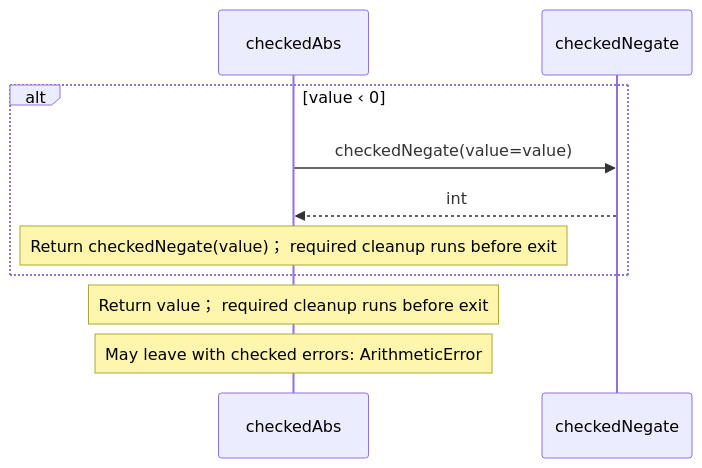
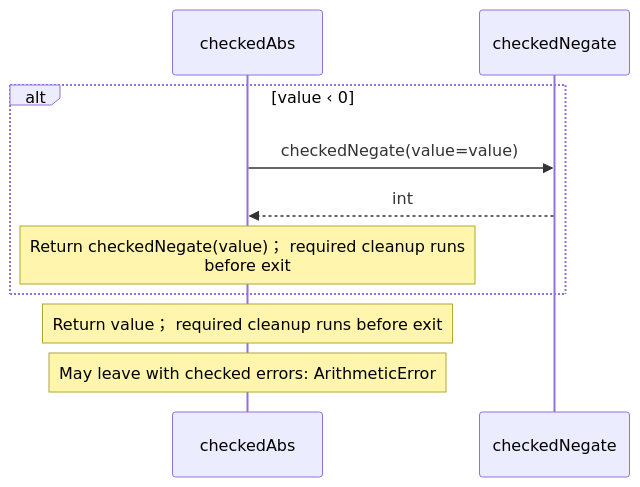
The seventh of 8 diagrams in src/stdlib/math/integers.aug.diagrams.md (GreenPandaStudios/augscript), drawn with Mermaid before and after one commit. The commit also changed other lines of this file and 200 other files, not shown here.

Commit message:
Group imported operations and wrap readable sequence messages

````diff
--- a/src/stdlib/math/integers.aug.diagrams.md
+++ b/src/stdlib/math/integers.aug.diagrams.md
@@ -154,12 +130,12 @@
 ```mermaid
 sequenceDiagram
     participant p0 as checkedAbs
     participant p1 as checkedNegate
     alt value ‹ 0
     p0->>p1: checkedNegate(value=value)
     p1-->>p0: int
-    Note over p0: Return checkedNegate(value)； required cleanup runs before exit
+    Note over p0: Return checkedNegate(value)； required cleanup runs<br/>before exit
     end
     Note over p0: Return value； required cleanup runs before exit
     Note over p0: May leave with checked errors: ArithmeticError
 ```
````
